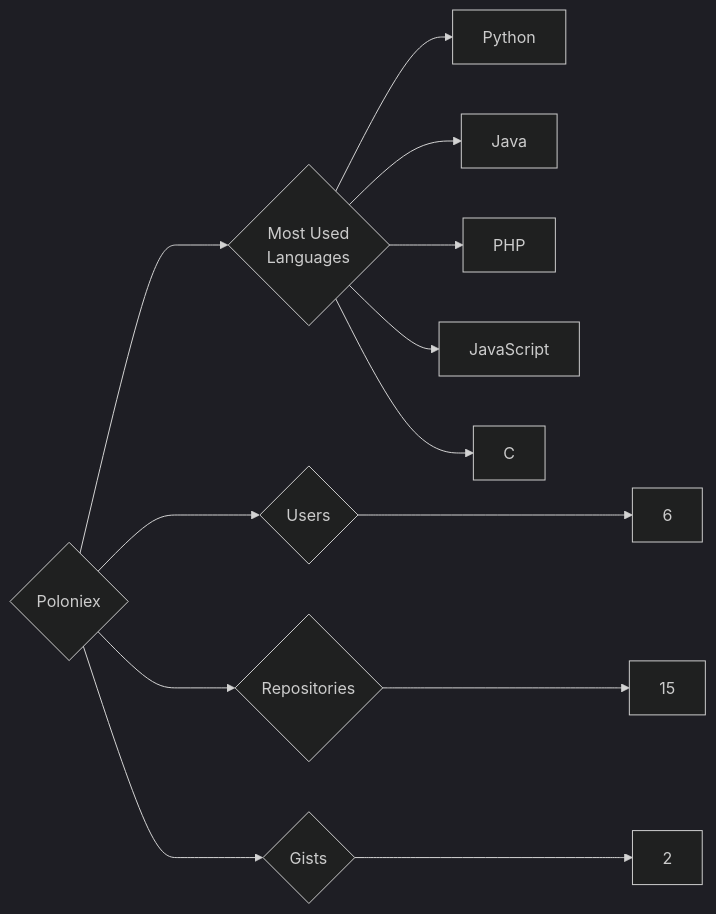
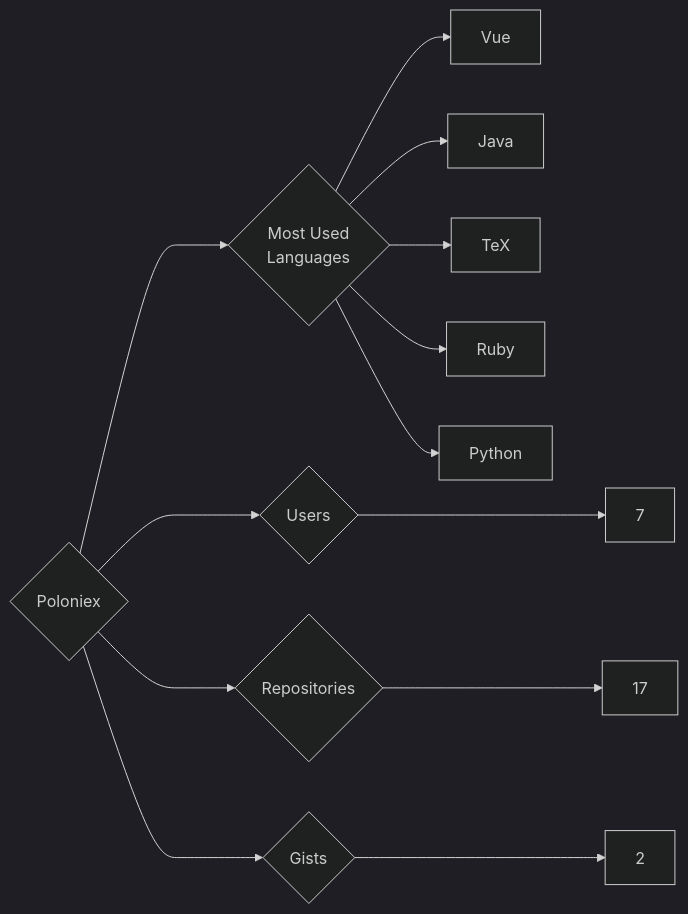
One commit to trickest/insiders changed the diagram in targets/Poloniex/README.md. Above: the diagram before and after it, drawn with Mermaid (dark theme). The commit also changed 1248 other files, not shown here.

````diff
--- a/targets/Poloniex/README.md
+++ b/targets/Poloniex/README.md
@@ -3,13 +3,13 @@
 ```mermaid
 graph LR
 COMPANY_NAME{Poloniex}
-COMPANY_NAME ---> U{Users} ---> UN[6]
-COMPANY_NAME ---> R{Repositories} ---> RN[15]
+COMPANY_NAME ---> U{Users} ---> UN[7]
+COMPANY_NAME ---> R{Repositories} ---> RN[17]
 COMPANY_NAME ---> G{Gists} ---> GN[2]
 COMPANY_NAME ---> ML{Most Used<br>Languages}
+ML --> Vue[Vue]
+ML --> Java[Java]
+ML --> TeX[TeX]
+ML --> Ruby[Ruby]
 ML --> Python[Python]
-ML --> Java[Java]
-ML --> PHP[PHP]
-ML --> JavaScript[JavaScript]
-ML --> C[C]
 ```
````
